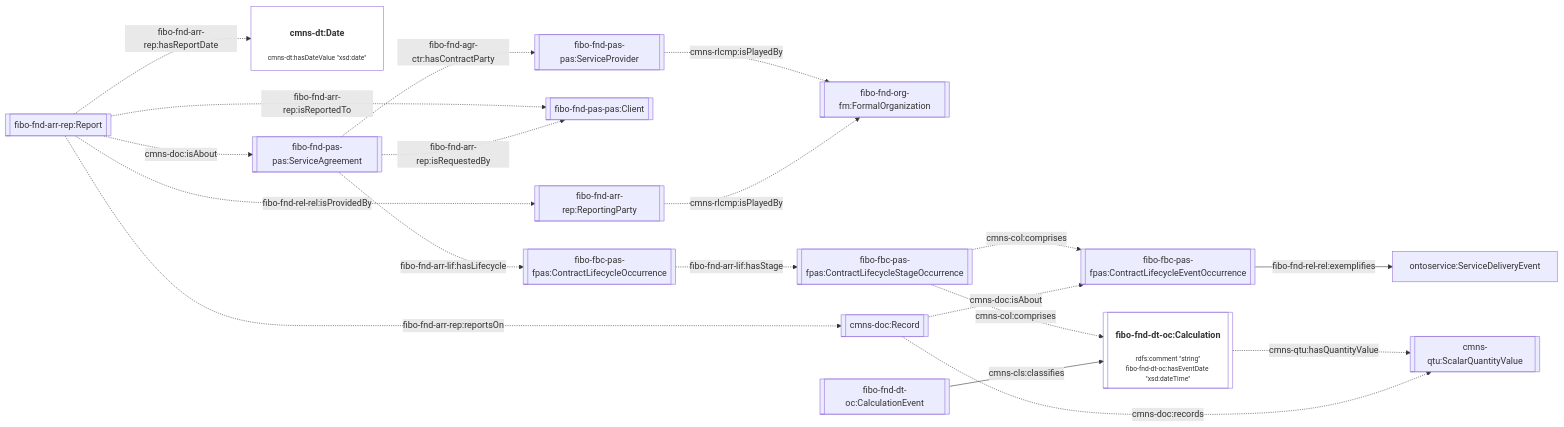
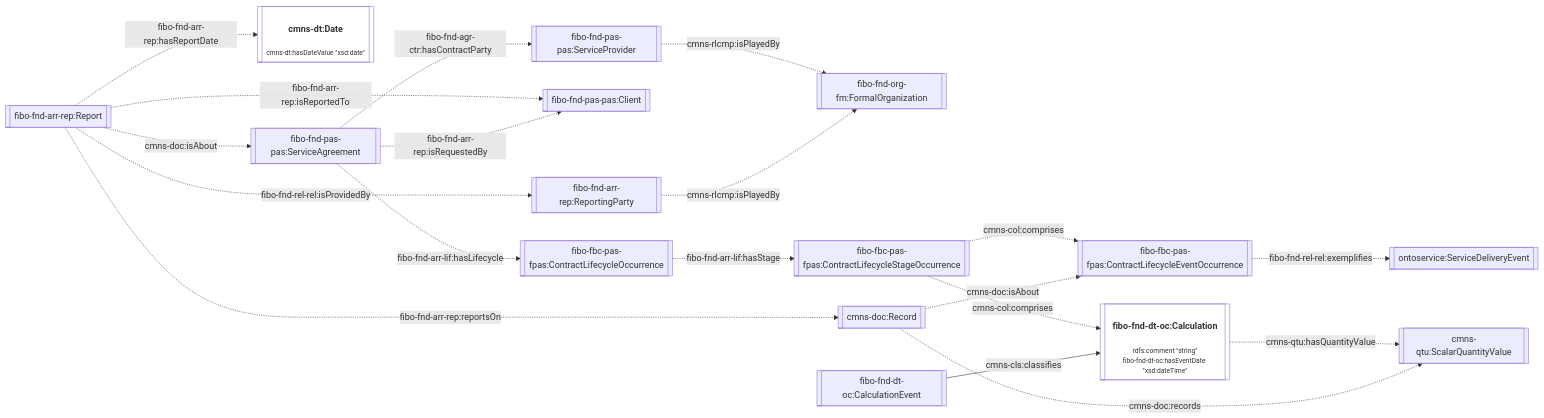
The tenth of 12 diagrams in JPS_Ontology/ontology/ontoservice/README.md (cambridge-cares/TheWorldAvatar), drawn with Mermaid before and after one commit. The commit also changed other lines of this file and 2 other files, not shown here.

Commit message:
dev-service-execution-ontology-extension: update documentation based on review comments

````diff
--- a/JPS_Ontology/ontology/ontoservice/README.md
+++ b/JPS_Ontology/ontology/ontoservice/README.md
@@ -416,30 +416,30 @@
 ```mermaid
 flowchart LR
     %% Styling
     classDef literal fill:none
     classDef node overflow-wrap:break-word,text-wrap:pretty
     linkStyle default overflow-wrap:break-word,text-wrap:pretty;
 
     %% Contents
-    Report[[fibo-fnd-arr-rep:Report]] -. fibo-fnd-arr-rep:hasReportDate .-> Date["<h4>cmns-dt:Date</h4><p style='font-size:0.75rem;'>cmns-dt:hasDateValue &quot;xsd:date&quot;</p>"]:::literal
+    Report[[fibo-fnd-arr-rep:Report]] -. fibo-fnd-arr-rep:hasReportDate .-> Date[["<h4>cmns-dt:Date</h4><p style='font-size:0.75rem;'>cmns-dt:hasDateValue &quot;xsd:date&quot;</p>"]]:::literal
     Report -. fibo-fnd-rel-rel:isProvidedBy .-> ReportingParty[[fibo-fnd-arr-rep:ReportingParty]]
     Report -. cmns-doc:isAbout .-> Agreement[[fibo-fnd-pas-pas:ServiceAgreement]]
     Report -. fibo-fnd-arr-rep:isReportedTo .-> Client
 
     Agreement -. fibo-fnd-arr-rep:isRequestedBy .-> Client[[fibo-fnd-pas-pas:Client]]
     Agreement -. fibo-fnd-agr-ctr:hasContractParty .-> ServiceProvider[[fibo-fnd-pas-pas:ServiceProvider]]
     ServiceProvider -. cmns-rlcmp:isPlayedBy .-> Org[[fibo-fnd-org-fm:FormalOrganization]]
     ReportingParty -. cmns-rlcmp:isPlayedBy .-> Org
 
     Agreement -. fibo-fnd-arr-lif:hasLifecycle .-> LifecycleOccurrence[[fibo-fbc-pas-fpas:ContractLifecycleOccurrence]]
     LifecycleOccurrence -. fibo-fnd-arr-lif:hasStage .-> StageOccurrence[[fibo-fbc-pas-fpas:ContractLifecycleStageOccurrence]]
     StageOccurrence -. cmns-col:comprises .-> DeliveryOccurrence[[fibo-fbc-pas-fpas:ContractLifecycleEventOccurrence]]
-    DeliveryOccurrence -- fibo-fnd-rel-rel:exemplifies --> ServiceDeliveryEvent[ontoservice:ServiceDeliveryEvent]
+    DeliveryOccurrence -. fibo-fnd-rel-rel:exemplifies .-> ServiceDeliveryEvent[[ontoservice:ServiceDeliveryEvent]]
     StageOccurrence -. cmns-col:comprises .-> Calculation[["<h4>fibo-fnd-dt-oc:Calculation</h4><p style='font-size:0.75rem;'>rdfs:comment &quot;string&quot;<br>fibo-fnd-dt-oc:hasEventDate &quot;xsd:dateTime&quot;</p>"]]:::literal
     Calculation -. cmns-qtu:hasQuantityValue .-> OutputValue[[cmns-qtu:ScalarQuantityValue]]
     CalculationEvent[[fibo-fnd-dt-oc:CalculationEvent]] -- cmns-cls:classifies --> Calculation
 
     Report -. fibo-fnd-arr-rep:reportsOn .-> Record[[cmns-doc:Record]]
     Record -. cmns-doc:isAbout .-> DeliveryOccurrence
     Record -. cmns-doc:records .-> OutputValue
 ```
````
